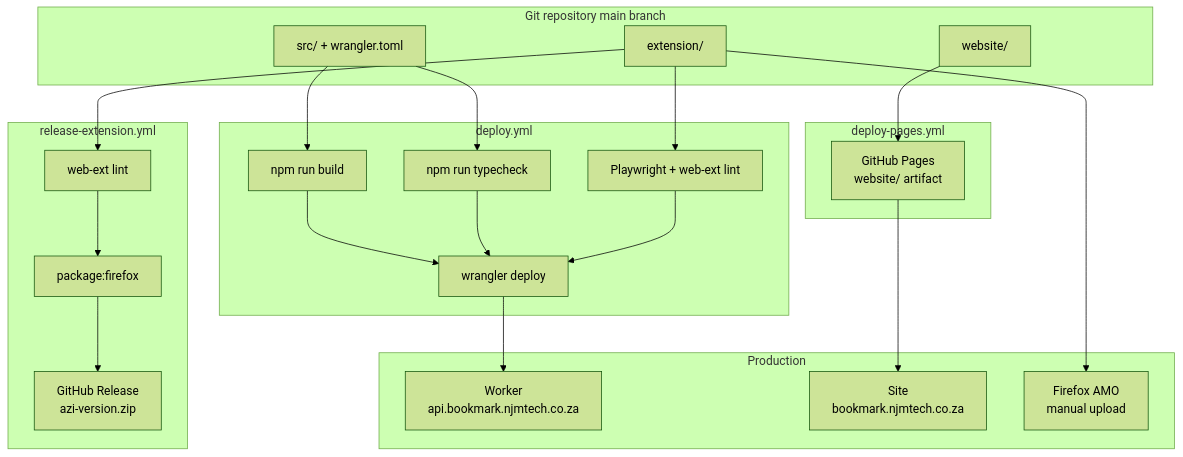
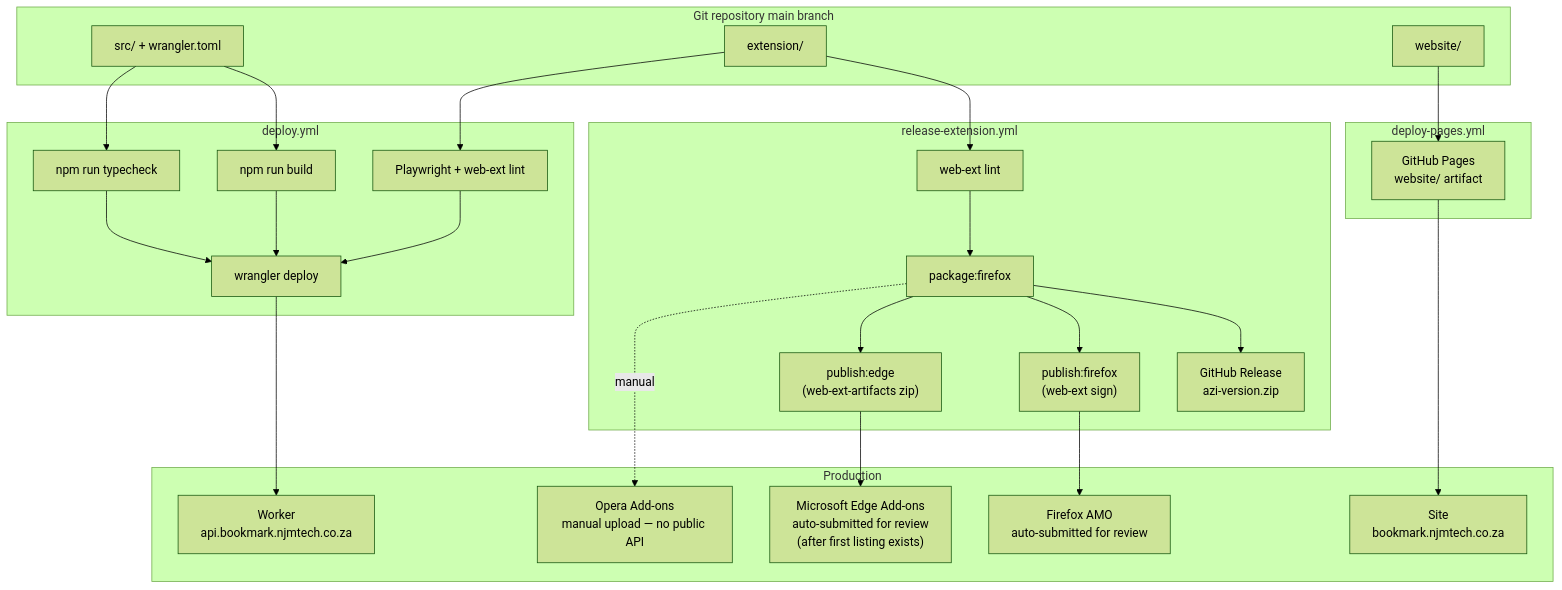
Before and after one commit to omoinjm/njmtech-cross-browser-bookmark: the fourth of 4 diagrams in docs/README.md, drawn with Mermaid (forest theme). The commit also changed other lines of this file and 3 other files, not shown here.

First line of the commit message:
Wire up automated Microsoft Edge Add-ons submission, document Opera

````diff
--- a/docs/README.md
+++ b/docs/README.md
@@ -129,48 +129,53 @@
 ```mermaid
 flowchart TB
   subgraph repo [Git repository main branch]
     srcCode["src/ + wrangler.toml"]
     extCode["extension/"]
     webCode["website/"]
   end
 
   subgraph ciWorker [deploy.yml]
     build["npm run build"]
     typecheck["npm run typecheck"]
     xbrowser["Playwright + web-ext lint"]
     wranglerDeploy["wrangler deploy"]
   end
 
   subgraph ciRelease [release-extension.yml]
     extLint["web-ext lint"]
     extPack["package:firefox"]
     ghRelease["GitHub Release\nazi-version.zip"]
+    edgeSubmit["publish:edge\n(web-ext-artifacts zip)"]
+    amoSubmit["publish:firefox\n(web-ext sign)"]
   end
 
   subgraph ciPages [deploy-pages.yml]
     pagesDeploy["GitHub Pages\nwebsite/ artifact"]
   end
 
   subgraph prod [Production]
     workerProd["Worker\napi.bookmark.njmtech.co.za"]
     pagesProd["Site\nbookmark.njmtech.co.za"]
-    amo["Firefox AMO\nmanual upload"]
+    amo["Firefox AMO\nauto-submitted for review"]
+    edge["Microsoft Edge Add-ons\nauto-submitted for review\n(after first listing exists)"]
+    opera["Opera Add-ons\nmanual upload — no public API"]
   end
 
   extCode --> extLint
   extLint --> extPack
   extPack --> ghRelease
+  extPack --> amoSubmit --> amo
+  extPack --> edgeSubmit --> edge
+  extPack -.->|"manual"| opera
 
   srcCode --> build
   srcCode --> typecheck
   extCode --> xbrowser
   build --> wranglerDeploy
   typecheck --> wranglerDeploy
   xbrowser --> wranglerDeploy
   wranglerDeploy --> workerProd
 
   webCode --> pagesDeploy
   pagesDeploy --> pagesProd
-
-  extCode --> amo
 ```
````
